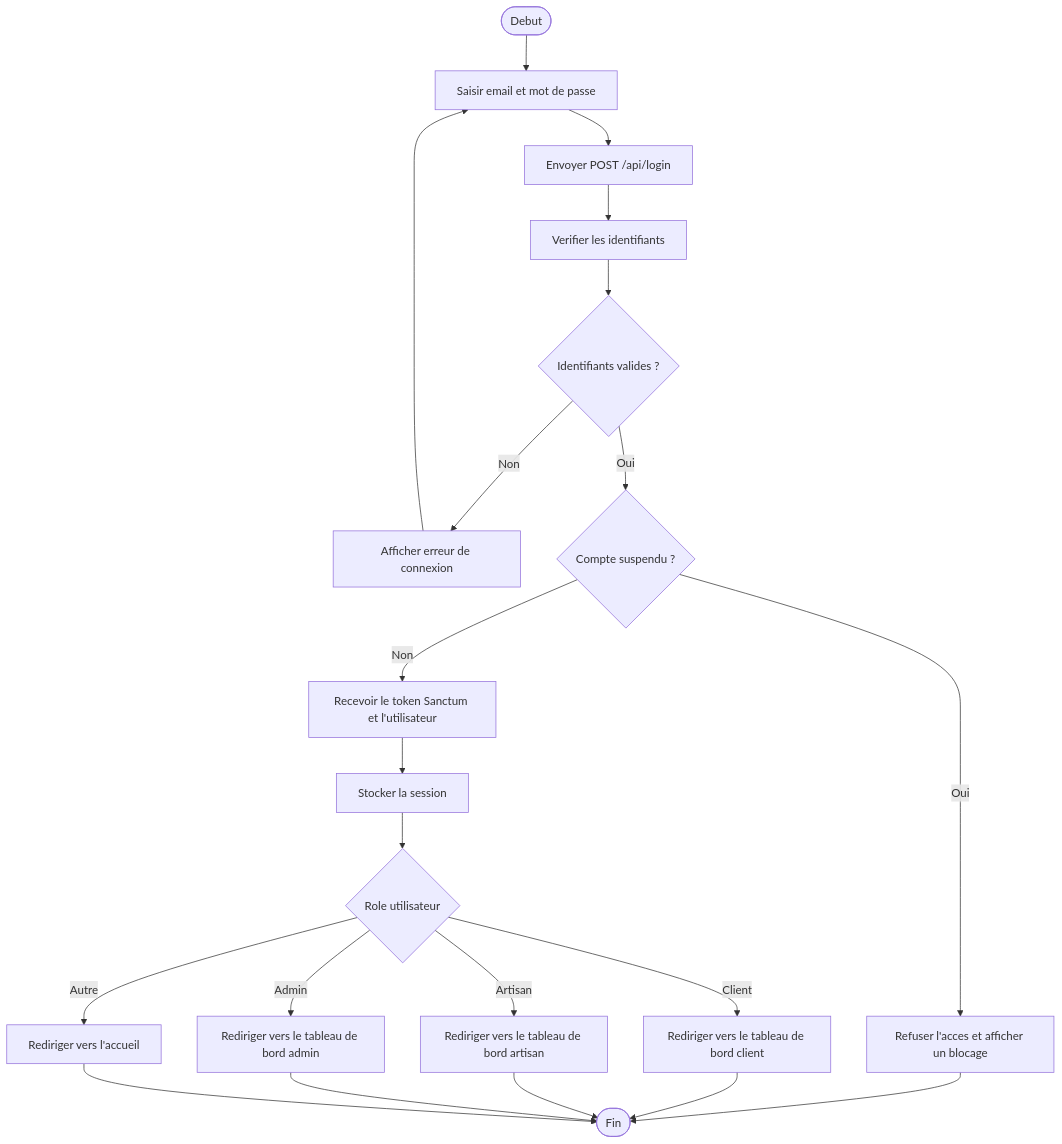
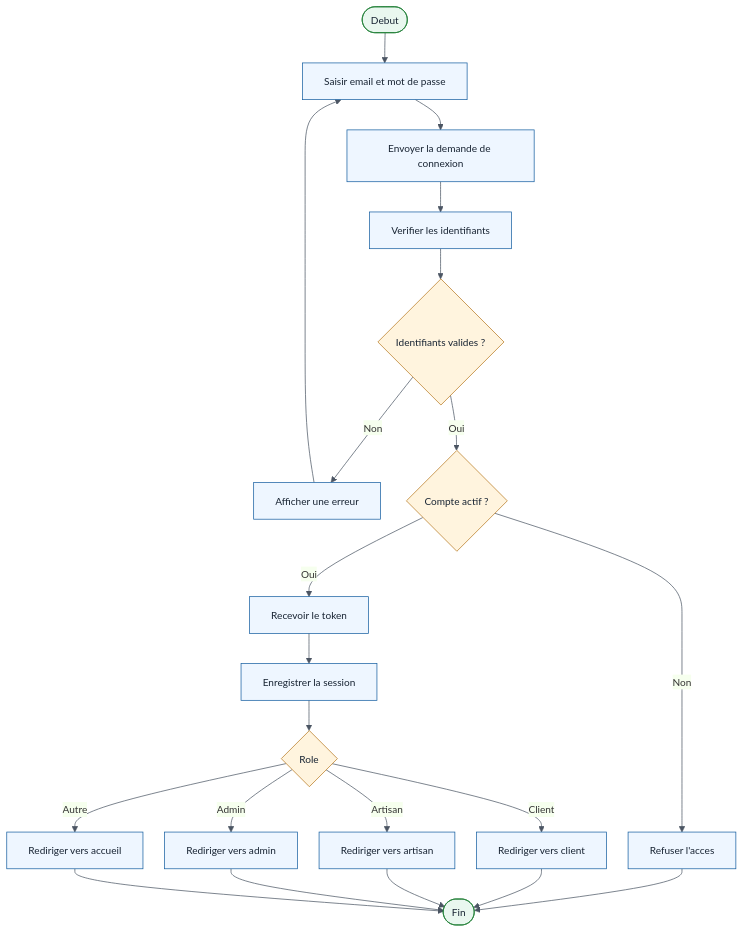
The third of 12 diagrams in UML/diagrammes-activites.md (Exauce13/fya-front-end), drawn with Mermaid before and after one commit. The commit also changed other lines of this file and 104 other files, not shown here.

````diff
--- a/UML/diagrammes-activites.md
+++ b/UML/diagrammes-activites.md
@@ -75,26 +95,36 @@
 ```mermaid
+%%{init: {"theme": "base", "themeVariables": {"fontFamily": "Arial", "fontSize": "14px", "primaryColor": "#EEF6FF", "primaryBorderColor": "#145DA0", "lineColor": "#4B5563", "textColor": "#182433"}, "flowchart": {"curve": "basis", "nodeSpacing": 30, "rankSpacing": 42}}}%%
 flowchart TD
     A([Debut]) --> B[Saisir email et mot de passe]
-    B --> C[Envoyer POST /api/login]
+    B --> C[Envoyer la demande de connexion]
     C --> D[Verifier les identifiants]
     D --> E{Identifiants valides ?}
 
-    E -- Non --> F[Afficher erreur de connexion]
+    E -- Non --> F[Afficher une erreur]
     F --> B
 
-    E -- Oui --> G{Compte suspendu ?}
-    G -- Oui --> H[Refuser l'acces et afficher un blocage]
+    E -- Oui --> G{Compte actif ?}
+    G -- Non --> H[Refuser l'acces]
     H --> Z([Fin])
 
-    G -- Non --> I[Recevoir le token Sanctum et l'utilisateur]
-    I --> J[Stocker la session]
-    J --> K{Role utilisateur}
-    K -- Client --> L[Rediriger vers le tableau de bord client]
-    K -- Artisan --> M[Rediriger vers le tableau de bord artisan]
-    K -- Admin --> N[Rediriger vers le tableau de bord admin]
-    K -- Autre --> O[Rediriger vers l'accueil]
+    G -- Oui --> I[Recevoir le token]
+    I --> J[Enregistrer la session]
+    J --> K{Role}
+
+    K -- Client --> L[Rediriger vers client]
+    K -- Artisan --> M[Rediriger vers artisan]
+    K -- Admin --> N[Rediriger vers admin]
+    K -- Autre --> O[Rediriger vers accueil]
+
     L --> Z
     M --> Z
     N --> Z
     O --> Z
+
+    classDef start fill:#E9F7EF,stroke:#1E7E34,color:#182433,font-size:14px
+    classDef action fill:#EEF6FF,stroke:#145DA0,color:#182433,font-size:14px
+    classDef decision fill:#FFF4DE,stroke:#B7791F,color:#182433,font-size:14px
+    class A,Z start
+    class B,C,D,F,H,I,J,L,M,N,O action
+    class E,G,K decision
 ```
````
